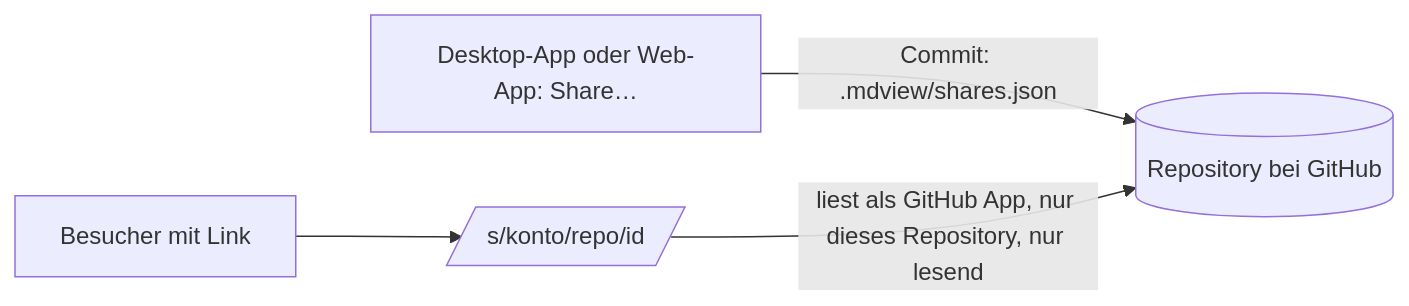
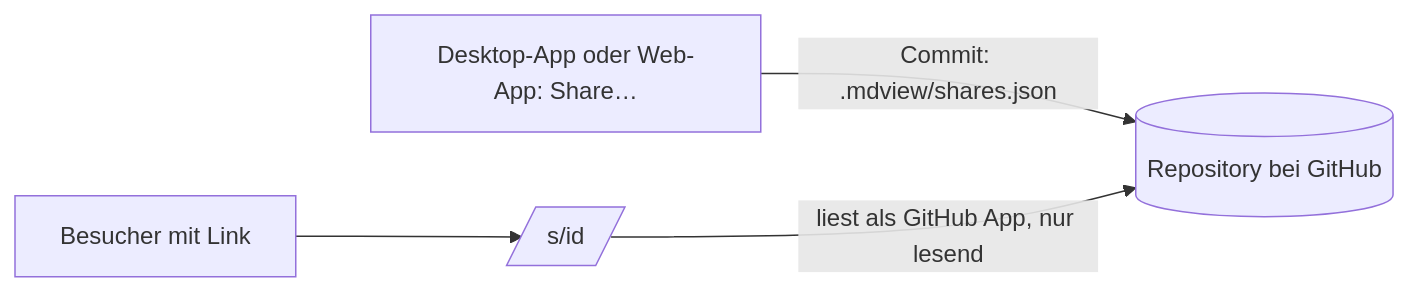
One commit to henriSchulz/mdview changed the diagram in docs/Teilen.md. Above: the diagram before and after it, drawn with Mermaid. The commit also changed other lines of this file and 16 other files, not shown here.

````diff
--- a/docs/Teilen.md
+++ b/docs/Teilen.md
@@ -49,6 +50,6 @@
 ```mermaid
 flowchart LR
   D[Desktop-App oder Web-App: Share…] -- "Commit: .mdview/shares.json" --> G[(Repository bei GitHub)]
-  B[Besucher mit Link] --> S[/s/konto/repo/id/]
-  S -- "liest als GitHub App, nur dieses Repository, nur lesend" --> G
+  B[Besucher mit Link] --> S[/s/id/]
+  S -- "liest als GitHub App, nur lesend" --> G
 ```
````
